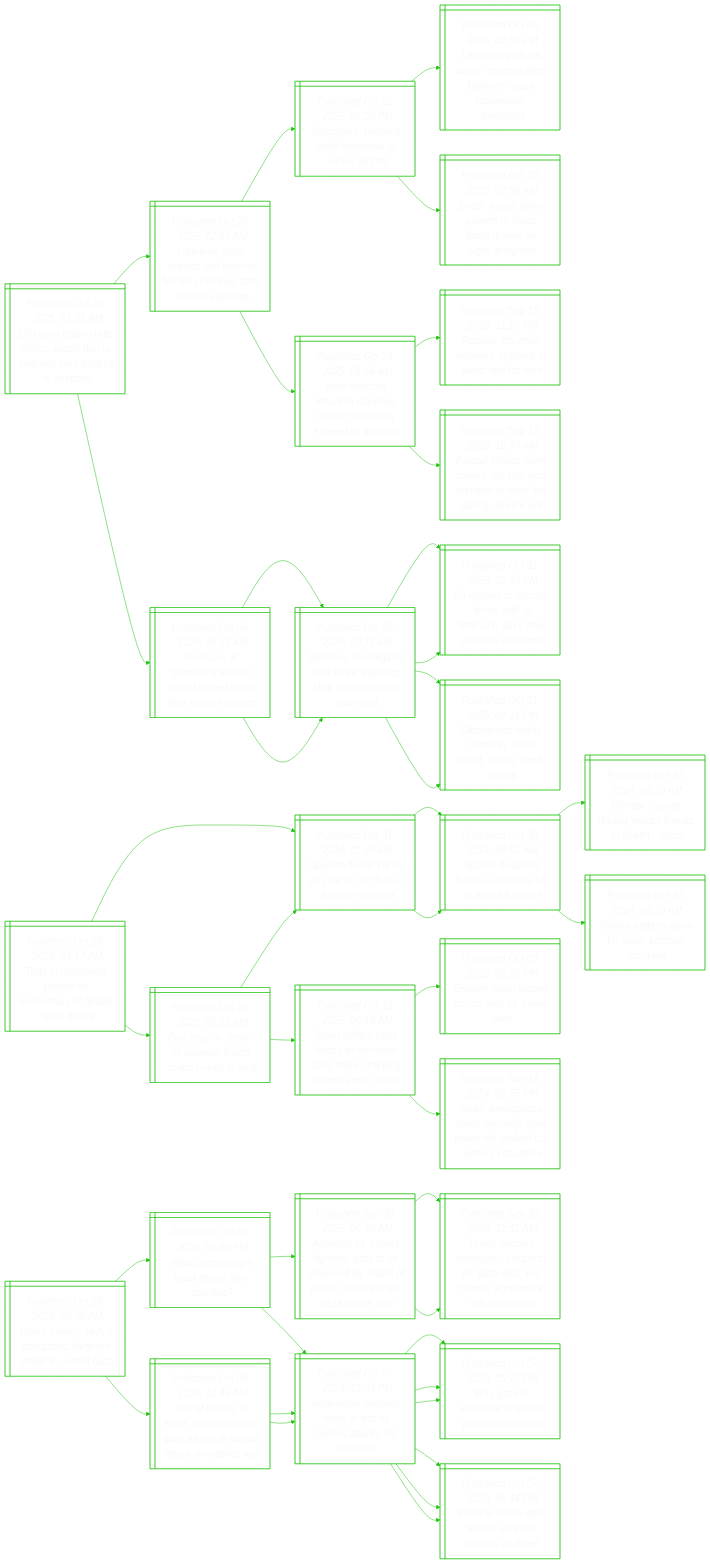
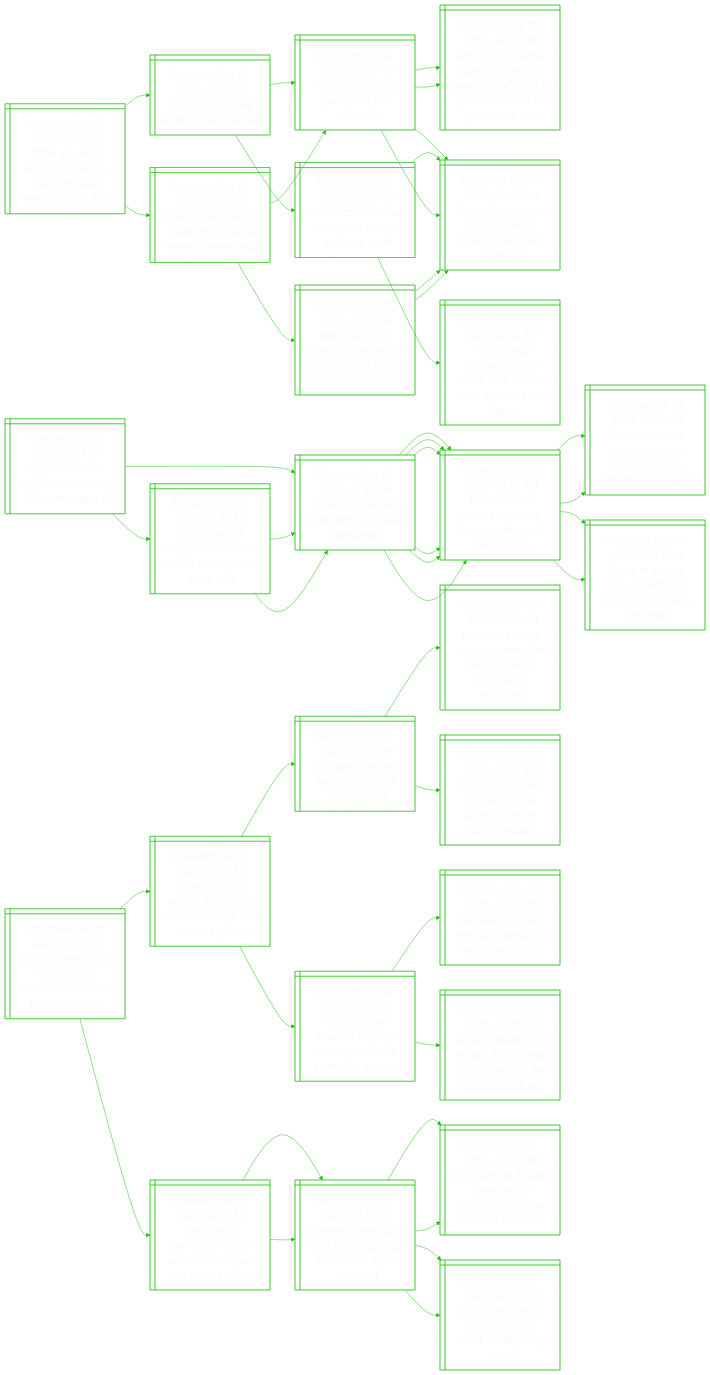
The diagram in README.md (notJmes/notJmes), drawn with Mermaid before and after one commit. The commit also changed other lines of this file, not shown here.

````diff
--- a/README.md
+++ b/README.md
@@ -16,8 +16,100 @@
 flowchart LR
 classDef txtsize font-size:20px;
 
-LaghisoelsBuic@{ shape: win-pane, label: "_Published Oct 26, 2025, 03:35 AM_
-Lithuania again shuts vilnius airport due to balloons from belarus in airspace" }
+WYresemhiO@{ shape: win-pane, label: "_Published Oct 26, 2025, 05:33 AM_
+While you were sleeping: 5 stories you might have missed, oct 26, 2025" }
+TmQlras@{ shape: win-pane, label: "_Published Oct 25, 2025, 10:48 PM_
+Trump meets qatar leaders on way to asia" }
+Wouaaam@{ shape: win-pane, label: "_Published Oct 09, 2025, 05:50 PM_
+What does trump’s gaza peace plan promise?" }
+AtHfezerydatoGel@{ shape: win-pane, label: "_Published Sep 30, 2025, 06:45 AM_
+Amnesty for hamas fighters, gaza to be governed by ‘board of peace’: details of the gaza peace plan" }
+NyeeawHakl@{ shape: win-pane, label: "_Published Oct 07, 2023, 12:04 PM_
+Netanyahu declares israel at war as hamas attacks kill over 100" }
+Ucisrltota@{ shape: win-pane, label: "_Published Oct 25, 2025, 09:30 PM_
+Us’ marco rubio vows return of all hostage bodies to israel" }
+NyeeawHakl@{ shape: win-pane, label: "_Published Oct 07, 2023, 12:04 PM_
+Netanyahu declares israel at war as hamas attacks kill over 100" }
+PflcoMeNelale@{ shape: win-pane, label: "_Published Oct 14, 2025, 12:05 AM_
+Peace finally descends on the middle east: now the battle to make it last begins" }
+Ilistuttrnrz@{ shape: win-pane, label: "_Published Oct 26, 2025, 02:35 AM_
+Israeli military says it conducted ‘targeted strike’ in central gaza" }
+Wouaaam@{ shape: win-pane, label: "_Published Oct 09, 2025, 05:50 PM_
+What does trump’s gaza peace plan promise?" }
+AtHfezerydatoGel@{ shape: win-pane, label: "_Published Sep 30, 2025, 06:45 AM_
+Amnesty for hamas fighters, gaza to be governed by ‘board of peace’: details of the gaza peace plan" }
+NyeeawHakl@{ shape: win-pane, label: "_Published Oct 07, 2023, 12:04 PM_
+Netanyahu declares israel at war as hamas attacks kill over 100" }
+Sbsrcdnacaale@{ shape: win-pane, label: "_Published Oct 08, 2023, 12:45 AM_
+‘sea of bodies’ in israel, scores dead in gaza as shock hamas attack unleashes war" }
+NyeeawHakl@{ shape: win-pane, label: "_Published Oct 07, 2023, 12:04 PM_
+Netanyahu declares israel at war as hamas attacks kill over 100" }
+NyeeawHakl@{ shape: win-pane, label: "_Published Oct 07, 2023, 12:04 PM_
+Netanyahu declares israel at war as hamas attacks kill over 100" }
+
+WYresemhiO:::txtsize --> TmQlras:::txtsize
+TmQlras:::txtsize --> Wouaaam:::txtsize
+Wouaaam:::txtsize --> AtHfezerydatoGel:::txtsize
+Wouaaam:::txtsize --> NyeeawHakl:::txtsize
+TmQlras:::txtsize --> Ucisrltota:::txtsize
+Ucisrltota:::txtsize --> NyeeawHakl:::txtsize
+Ucisrltota:::txtsize --> PflcoMeNelale:::txtsize
+WYresemhiO:::txtsize --> Ilistuttrnrz:::txtsize
+Ilistuttrnrz:::txtsize --> Wouaaam:::txtsize
+Wouaaam:::txtsize --> AtHfezerydatoGel:::txtsize
+Wouaaam:::txtsize --> NyeeawHakl:::txtsize
+Ilistuttrnrz:::txtsize --> Sbsrcdnacaale:::txtsize
+Sbsrcdnacaale:::txtsize --> NyeeawHakl:::txtsize
+Sbsrcdnacaale:::txtsize --> NyeeawHakl:::txtsize
+
+TiaasnyRn@{ shape: win-pane, label: "_Published Oct 26, 2025, 05:04 AM_
+Trump increases tariffs on canada by 10% over reagan ad" }
+Tsldkhdtn@{ shape: win-pane, label: "_Published Oct 24, 2025, 11:40 AM_
+Trump says all trade talks with canada are terminated" }
+Ttuaaanirar@{ shape: win-pane, label: "_Published Oct 08, 2025, 08:25 AM_
+Trump talks up canada trade deal chances with ‘world-class’ carney" }
+CasunSourist@{ shape: win-pane, label: "_Published Apr 29, 2025, 03:22 AM_
+Canada votes as trump renews us takeover push for ‘cherished 51st state’" }
+TtotfermsN@{ shape: win-pane, label: "_Published Oct 07, 2025, 03:17 AM_
+Trump to impose 25% us tariffs on heavy truck imports from nov 1" }
+Ttuaaanirar@{ shape: win-pane, label: "_Published Oct 08, 2025, 08:25 AM_
+Trump talks up canada trade deal chances with ‘world-class’ carney" }
+CasunSourist@{ shape: win-pane, label: "_Published Apr 29, 2025, 03:22 AM_
+Canada votes as trump renews us takeover push for ‘cherished 51st state’" }
+TtotfermsN@{ shape: win-pane, label: "_Published Oct 07, 2025, 03:17 AM_
+Trump to impose 25% us tariffs on heavy truck imports from nov 1" }
+Ciuaaaeirctt@{ shape: win-pane, label: "_Published Oct 25, 2025, 05:33 AM_
+Canadians pull reagan tariff ad after furious trump scraps trade talks" }
+Tsldkhdtn@{ shape: win-pane, label: "_Published Oct 24, 2025, 11:40 AM_
+Trump says all trade talks with canada are terminated" }
+Ttuaaanirar@{ shape: win-pane, label: "_Published Oct 08, 2025, 08:25 AM_
+Trump talks up canada trade deal chances with ‘world-class’ carney" }
+Ttuaaanirar@{ shape: win-pane, label: "_Published Oct 08, 2025, 08:25 AM_
+Trump talks up canada trade deal chances with ‘world-class’ carney" }
+Tsldkhdtn@{ shape: win-pane, label: "_Published Oct 24, 2025, 11:40 AM_
+Trump says all trade talks with canada are terminated" }
+Ttuaaanirar@{ shape: win-pane, label: "_Published Oct 08, 2025, 08:25 AM_
+Trump talks up canada trade deal chances with ‘world-class’ carney" }
+Ttuaaanirar@{ shape: win-pane, label: "_Published Oct 08, 2025, 08:25 AM_
+Trump talks up canada trade deal chances with ‘world-class’ carney" }
+
+TiaasnyRn:::txtsize --> Tsldkhdtn:::txtsize
+Tsldkhdtn:::txtsize --> Ttuaaanirar:::txtsize
+Ttuaaanirar:::txtsize --> CasunSourist:::txtsize
+Ttuaaanirar:::txtsize --> TtotfermsN:::txtsize
+Tsldkhdtn:::txtsize --> Ttuaaanirar:::txtsize
+Ttuaaanirar:::txtsize --> CasunSourist:::txtsize
+Ttuaaanirar:::txtsize --> TtotfermsN:::txtsize
+TiaasnyRn:::txtsize --> Ciuaaaeirctt:::txtsize
+Ciuaaaeirctt:::txtsize --> Tsldkhdtn:::txtsize
+Tsldkhdtn:::txtsize --> Ttuaaanirar:::txtsize
+Tsldkhdtn:::txtsize --> Ttuaaanirar:::txtsize
+Ciuaaaeirctt:::txtsize --> Tsldkhdtn:::txtsize
+Tsldkhdtn:::txtsize --> Ttuaaanirar:::txtsize
+Tsldkhdtn:::txtsize --> Ttuaaanirar:::txtsize
+
+Laghisolbrbohs@{ shape: win-pane, label: "_Published Oct 26, 2025, 03:35 AM_
+Lithuania again shuts vilnius airport, belarus border over balloon sightings" }
 LahitBudogelin@{ shape: win-pane, label: "_Published Oct 25, 2025, 02:50 AM_
 Lithuania shuts airports and belarus border crossings after balloon sightings" }
 Slanctonit@{ shape: win-pane, label: "_Published Oct 22, 2025, 07:20 PM_
@@ -47,14 +139,14 @@
 Oetfoyttlia@{ shape: win-pane, label: "_Published Oct 01, 2025, 04:14 PM_
 Oktoberfest briefly closed by bomb threat, deadly family drama" }
 
-LaghisoelsBuic:::txtsize --> LahitBudogelin:::txtsize
+Laghisolbrbohs:::txtsize --> LahitBudogelin:::txtsize
 LahitBudogelin:::txtsize --> Slanctonit:::txtsize
 Slanctonit:::txtsize --> LaVupesroausii:::txtsize
 Slanctonit:::txtsize --> Bsovwotdsglp:::txtsize
 LahitBudogelin:::txtsize --> NeLaaoitendic:::txtsize
 NeLaaoitendic:::txtsize --> Rasrnicatoo:::txtsize
 NeLaaoitendic:::txtsize --> PdtnefNetndgir:::txtsize
-LaghisoelsBuic:::txtsize --> Ryeyircdnret:::txtsize
+Laghisolbrbohs:::txtsize --> Ryeyircdnret:::txtsize
 Ryeyircdnret:::txtsize --> Gneafrinuiroi:::txtsize
 Gneafrinuiroi:::txtsize --> Edouolekaaaoo:::txtsize
 Gneafrinuiroi:::txtsize --> Oetfoyttlia:::txtsize
@@ -62,84 +154,4 @@
 Gneafrinuiroi:::txtsize --> Edouolekaaaoo:::txtsize
 Gneafrinuiroi:::txtsize --> Oetfoyttlia:::txtsize
 
-Tfspsnrodao@{ shape: win-pane, label: "_Published Oct 26, 2025, 03:17 AM_
-Tens of thousands protest on anniversary of deadly spain floods" }
-Ssoleranie@{ shape: win-pane, label: "_Published Oct 31, 2024, 01:40 AM_
-Spanish floods kill 95 as year of rain falls in a day in valencia" }
-Sslfsckttl@{ shape: win-pane, label: "_Published Oct 30, 2024, 08:50 AM_
-Spain’s deadliest floods in decades kill at least 64 people" }
-Ctnirdahhr@{ shape: win-pane, label: "_Published Oct 30, 2024, 08:29 AM_
-Climate change driving ‘record threats to health’: report" }
-TnewSTog@{ shape: win-pane, label: "_Published Oct 30, 2024, 08:10 AM_
-Taiwan battens down for super typhoon kong-rey" }
-Oaioefsdeu@{ shape: win-pane, label: "_Published Oct 25, 2025, 05:55 AM_
-One year on, victim of valencia floods found buried in mud" }
-Ssoleranie@{ shape: win-pane, label: "_Published Oct 31, 2024, 01:40 AM_
-Spanish floods kill 95 as year of rain falls in a day in valencia" }
-Sslfsckttl@{ shape: win-pane, label: "_Published Oct 30, 2024, 08:50 AM_
-Spain’s deadliest floods in decades kill at least 64 people" }
-Ssrsotnrseprsc@{ shape: win-pane, label: "_Published Oct 13, 2025, 06:18 AM_
-Spain suffers fresh floods as torrential rains strike, trapping drivers amid ‘chaos’" }
-Ericrerys@{ shape: win-pane, label: "_Published Oct 09, 2025, 08:25 PM_
-Eastern spain placed on red alert for heavy rains" }
-Sdrswntwfktosi@{ shape: win-pane, label: "_Published Nov 14, 2024, 08:55 PM_
-Spain downgrades storm warnings after towns left soaked but without casualties" }
-
-Tfspsnrodao:::txtsize --> Ssoleranie:::txtsize
-Ssoleranie:::txtsize --> Sslfsckttl:::txtsize
-Sslfsckttl:::txtsize --> Ctnirdahhr:::txtsize
-Sslfsckttl:::txtsize --> TnewSTog:::txtsize
-Tfspsnrodao:::txtsize --> Oaioefsdeu:::txtsize
-Oaioefsdeu:::txtsize --> Ssoleranie:::txtsize
-Ssoleranie:::txtsize --> Sslfsckttl:::txtsize
-Oaioefsdeu:::txtsize --> Ssrsotnrseprsc:::txtsize
-Ssrsotnrseprsc:::txtsize --> Ericrerys:::txtsize
-Ssrsotnrseprsc:::txtsize --> Sdrswntwfktosi:::txtsize
-
-Ilistuttrnrz@{ shape: win-pane, label: "_Published Oct 26, 2025, 02:35 AM_
-Israeli military says it conducted ‘targeted strike’ in central gaza" }
-Wouaaam@{ shape: win-pane, label: "_Published Oct 09, 2025, 05:50 PM_
-What does trump’s gaza peace plan promise?" }
-AtHfezerydatoGel@{ shape: win-pane, label: "_Published Sep 30, 2025, 06:45 AM_
-Amnesty for hamas fighters, gaza to be governed by ‘board of peace’: details of the gaza peace plan" }
-Tseaupoabmrnluo@{ shape: win-pane, label: "_Published Sep 30, 2025, 12:11 AM_
-Trump secures netanyahu’s support for gaza deal, but hamas’ agreement still in question" }
-Tseaupoabmrnluo@{ shape: win-pane, label: "_Published Sep 30, 2025, 12:11 AM_
-Trump secures netanyahu’s support for gaza deal, but hamas’ agreement still in question" }
-NyeeawHakl@{ shape: win-pane, label: "_Published Oct 07, 2023, 12:04 PM_
-Netanyahu declares israel at war as hamas attacks kill over 100" }
-WzptIleint@{ shape: win-pane, label: "_Published Oct 07, 2023, 05:15 PM_
-Why gaza is epicentre of israeli-palestinian conflict" }
-Wiceapaks@{ shape: win-pane, label: "_Published Oct 07, 2023, 06:44 PM_
-World in shock after hamas surprise attacks on israel" }
-Sbsrcdnacaale@{ shape: win-pane, label: "_Published Oct 08, 2023, 12:45 AM_
-‘sea of bodies’ in israel, scores dead in gaza as shock hamas attack unleashes war" }
-NyeeawHakl@{ shape: win-pane, label: "_Published Oct 07, 2023, 12:04 PM_
-Netanyahu declares israel at war as hamas attacks kill over 100" }
-WzptIleint@{ shape: win-pane, label: "_Published Oct 07, 2023, 05:15 PM_
-Why gaza is epicentre of israeli-palestinian conflict" }
-Wiceapaks@{ shape: win-pane, label: "_Published Oct 07, 2023, 06:44 PM_
-World in shock after hamas surprise attacks on israel" }
-NyeeawHakl@{ shape: win-pane, label: "_Published Oct 07, 2023, 12:04 PM_
-Netanyahu declares israel at war as hamas attacks kill over 100" }
-WzptIleint@{ shape: win-pane, label: "_Published Oct 07, 2023, 05:15 PM_
-Why gaza is epicentre of israeli-palestinian conflict" }
-Wiceapaks@{ shape: win-pane, label: "_Published Oct 07, 2023, 06:44 PM_
-World in shock after hamas surprise attacks on israel" }
-
-Ilistuttrnrz:::txtsize --> Wouaaam:::txtsize
-Wouaaam:::txtsize --> AtHfezerydatoGel:::txtsize
-AtHfezerydatoGel:::txtsize --> Tseaupoabmrnluo:::txtsize
-AtHfezerydatoGel:::txtsize --> Tseaupoabmrnluo:::txtsize
-Wouaaam:::txtsize --> NyeeawHakl:::txtsize
-NyeeawHakl:::txtsize --> WzptIleint:::txtsize
-NyeeawHakl:::txtsize --> Wiceapaks:::txtsize
-Ilistuttrnrz:::txtsize --> Sbsrcdnacaale:::txtsize
-Sbsrcdnacaale:::txtsize --> NyeeawHakl:::txtsize
-NyeeawHakl:::txtsize --> WzptIleint:::txtsize
-NyeeawHakl:::txtsize --> Wiceapaks:::txtsize
-Sbsrcdnacaale:::txtsize --> NyeeawHakl:::txtsize
-NyeeawHakl:::txtsize --> WzptIleint:::txtsize
-NyeeawHakl:::txtsize --> Wiceapaks:::txtsize
-
 ```
````
